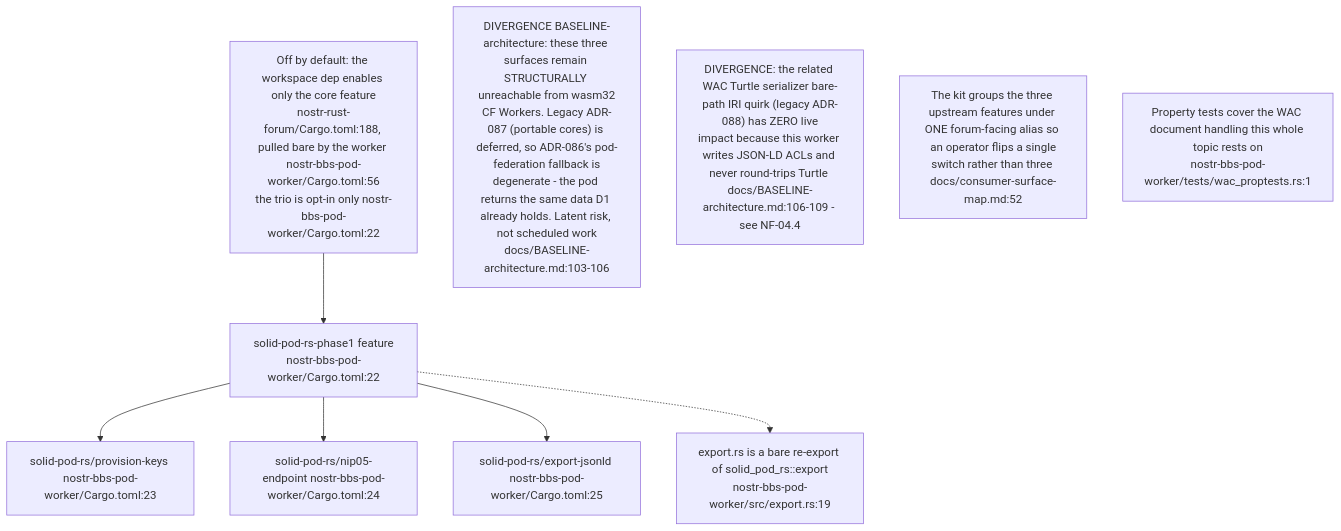
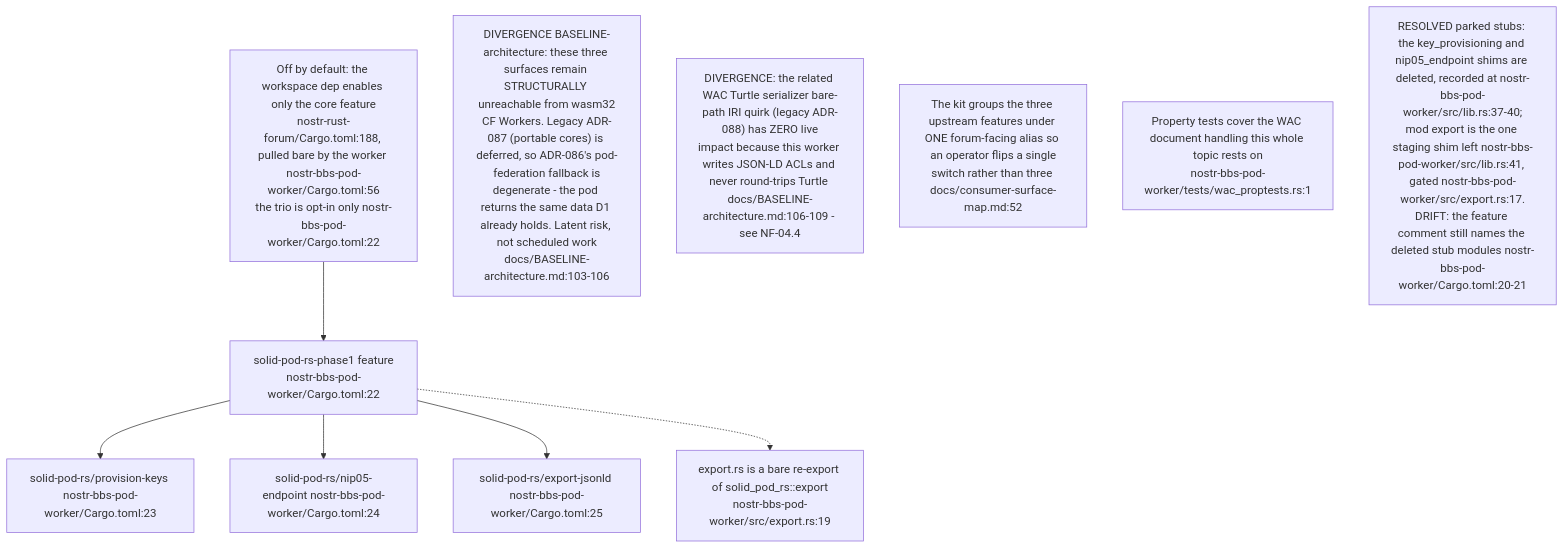
The ninth of 10 diagrams in docs/diagrams/nostr-rust-forum/04-pod-worker-ldp-wac-and-delegation.md (DreamLab-AI/VisionFlow), drawn with Mermaid before and after one commit. The commit also changed other lines of this file and 13 other files, not shown here.

First line of the commit message:
diagrams(nostr-rust-forum): fold the last kit-only diagram content into the corpus

````diff
--- a/docs/diagrams/nostr-rust-forum/04-pod-worker-ldp-wac-and-delegation.md
+++ b/docs/diagrams/nostr-rust-forum/04-pod-worker-ldp-wac-and-delegation.md
@@ -271,18 +273,19 @@
 ```mermaid
 flowchart TB
     FEAT["solid-pod-rs-phase1 feature<br/>nostr-bbs-pod-worker/Cargo.toml:22"]
     F1["solid-pod-rs/provision-keys nostr-bbs-pod-worker/Cargo.toml:23"]
     F2["solid-pod-rs/nip05-endpoint nostr-bbs-pod-worker/Cargo.toml:24"]
     F3["solid-pod-rs/export-jsonld nostr-bbs-pod-worker/Cargo.toml:25"]
     EXPORT["export.rs is a bare re-export of solid_pod_rs::export<br/>nostr-bbs-pod-worker/src/export.rs:19"]
     STATE["Off by default: the workspace dep enables only the core feature<br/>nostr-rust-forum/Cargo.toml:188, pulled bare by the worker nostr-bbs-pod-worker/Cargo.toml:56<br/>the trio is opt-in only nostr-bbs-pod-worker/Cargo.toml:22"]
 
     FEAT --> F1 & F2 & F3
     FEAT -.-> EXPORT
     STATE --> FEAT
 
     N1["DIVERGENCE BASELINE-architecture: these three surfaces remain STRUCTURALLY unreachable from wasm32<br/>CF Workers. Legacy ADR-087 (portable cores) is deferred, so ADR-086's pod-federation fallback is<br/>degenerate - the pod returns the same data D1 already holds. Latent risk, not scheduled work<br/>docs/BASELINE-architecture.md:103-106"]
     N2["DIVERGENCE: the related WAC Turtle serializer bare-path IRI quirk (legacy ADR-088) has ZERO live<br/>impact because this worker writes JSON-LD ACLs and never round-trips Turtle docs/BASELINE-architecture.md:106-109 - see NF-04.4"]
     N3["The kit groups the three upstream features under ONE forum-facing alias so an operator flips a single<br/>switch rather than three docs/consumer-surface-map.md:52"]
     N4["Property tests cover the WAC document handling this whole topic rests on<br/>nostr-bbs-pod-worker/tests/wac_proptests.rs:1"]
+    N5["RESOLVED parked stubs: the key_provisioning and nip05_endpoint shims are deleted, recorded at nostr-bbs-pod-worker/src/lib.rs:37-40;<br/>mod export is the one staging shim left nostr-bbs-pod-worker/src/lib.rs:41, gated nostr-bbs-pod-worker/src/export.rs:17.<br/>DRIFT: the feature comment still names the deleted stub modules nostr-bbs-pod-worker/Cargo.toml:20-21"]
 ```
````
